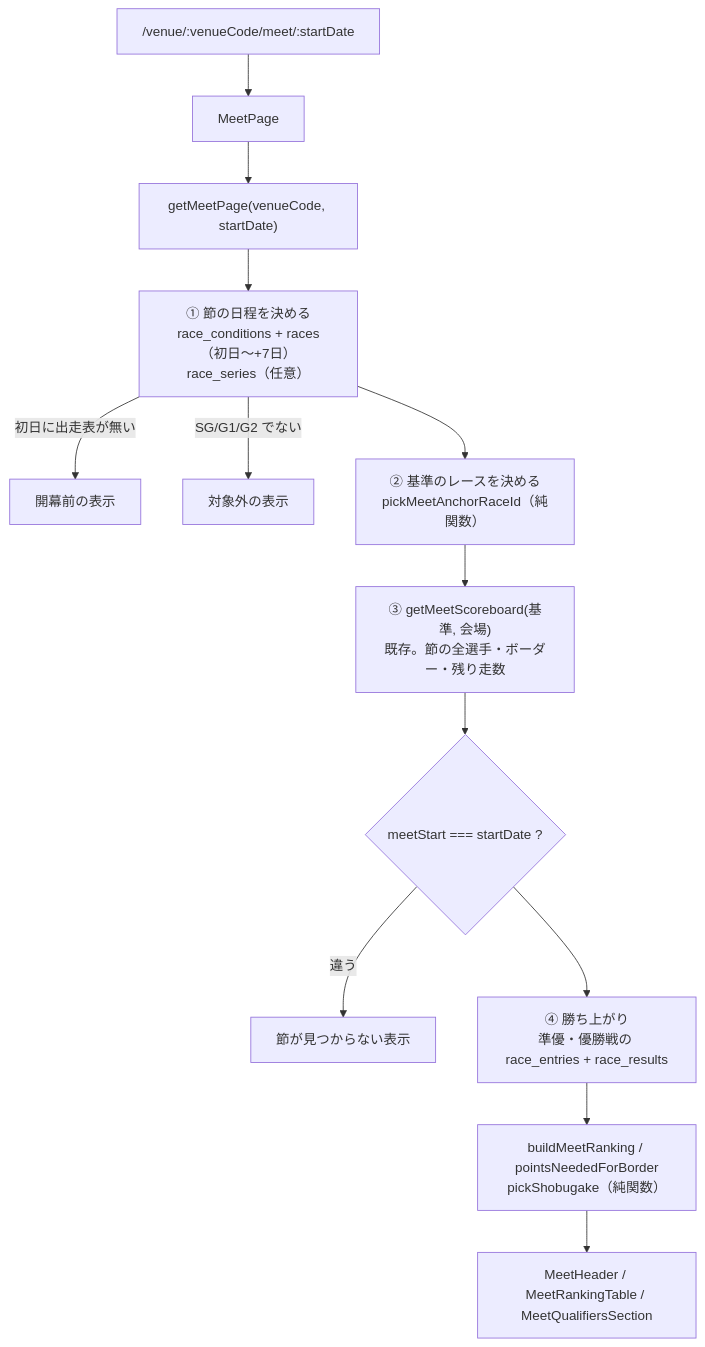
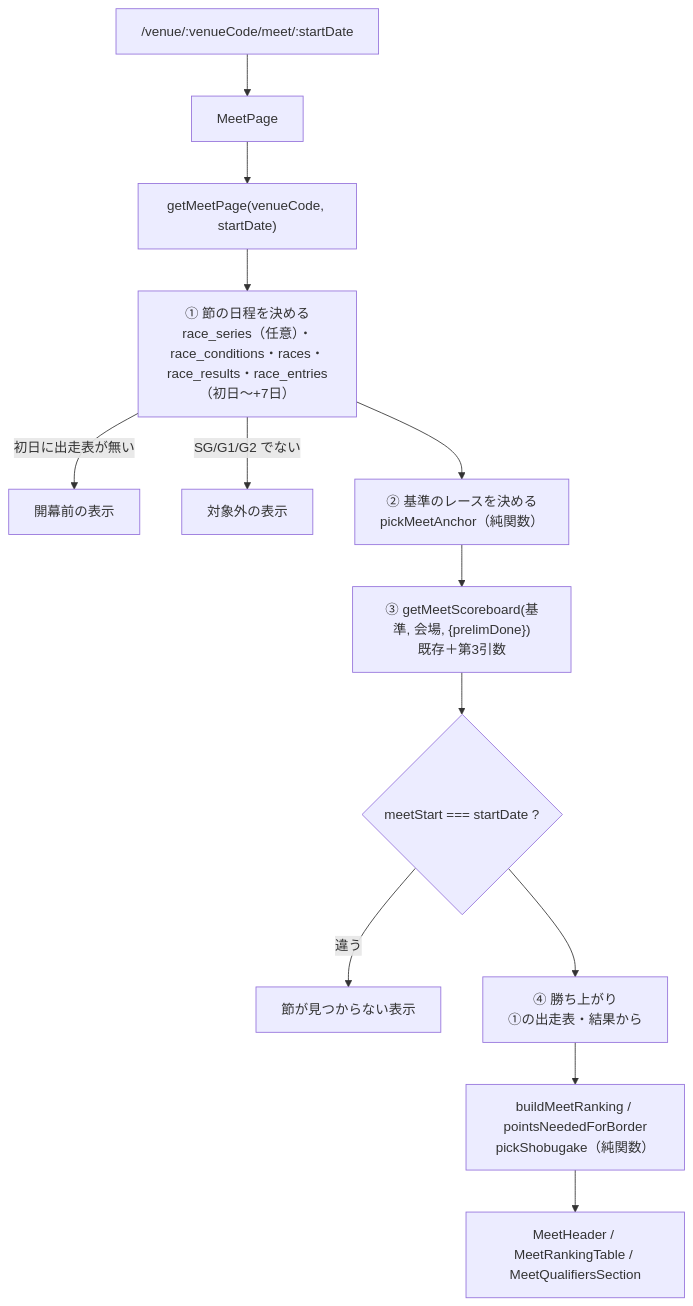
One commit to rhapsody0919/boatrace-ai-predictor changed the diagram in docs/design/meet-page/plan.md. Above: the diagram before and after it, drawn with Mermaid. The commit also changed other lines of this file and 3 other files, not shown here.

````diff
--- a/docs/design/meet-page/plan.md
+++ b/docs/design/meet-page/plan.md
@@ -7,15 +7,15 @@
 ```mermaid
 flowchart TD
   U["/venue/:venueCode/meet/:startDate"] --> P[MeetPage]
   P --> S["getMeetPage(venueCode, startDate)"]
-  S --> A["① 節の日程を決める<br/>race_conditions + races（初日〜+7日）<br/>race_series（任意）"]
+  S --> A["① 節の日程を決める<br/>race_series（任意）・race_conditions・races・race_results・race_entries（初日〜+7日）"]
   A -->|初日に出走表が無い| PRE[開幕前の表示]
   A -->|SG/G1/G2 でない| OUT[対象外の表示]
-  A --> B["② 基準のレースを決める<br/>pickMeetAnchorRaceId（純関数）"]
-  B --> C["③ getMeetScoreboard(基準, 会場)<br/>既存。節の全選手・ボーダー・残り走数"]
+  A --> B["② 基準のレースを決める<br/>pickMeetAnchor（純関数）"]
+  B --> C["③ getMeetScoreboard(基準, 会場, {prelimDone})<br/>既存＋第3引数"]
   C --> D{"meetStart === startDate ?"}
   D -->|違う| NF[節が見つからない表示]
-  D --> E["④ 勝ち上がり<br/>準優・優勝戦の race_entries + race_results"]
+  D --> E["④ 勝ち上がり<br/>①の出走表・結果から"]
   E --> V["buildMeetRanking / pointsNeededForBorder<br/>pickShobugake（純関数）"]
   V --> R[MeetHeader / MeetRankingTable / MeetQualifiersSection]
 ```
````
